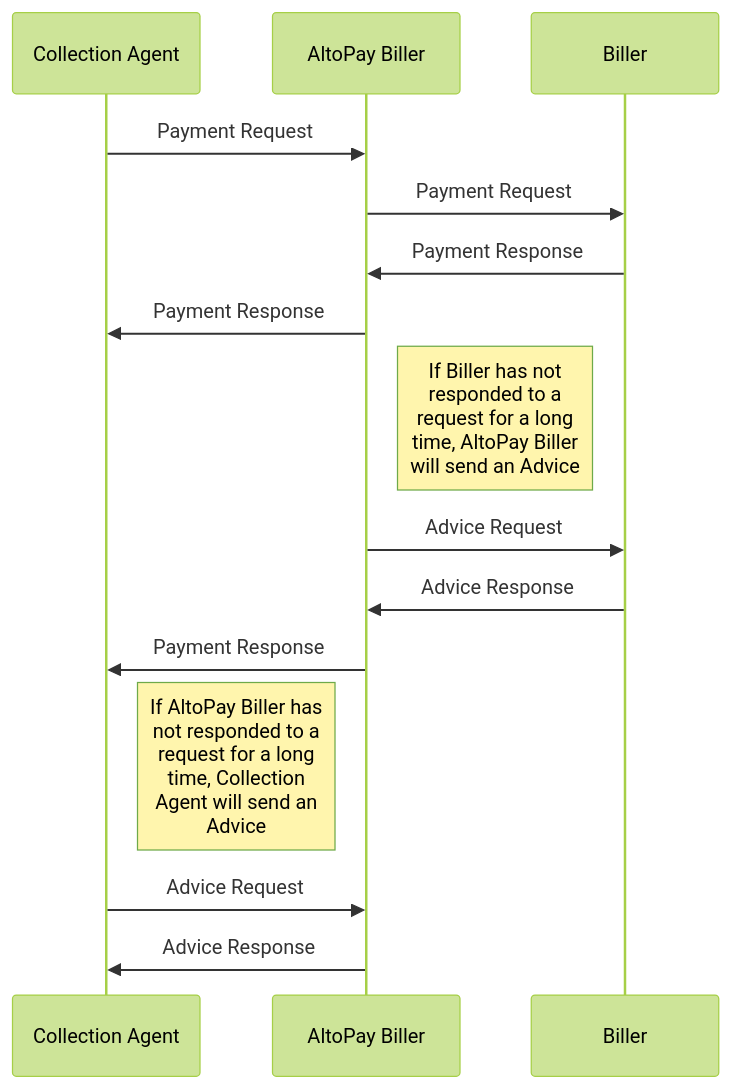
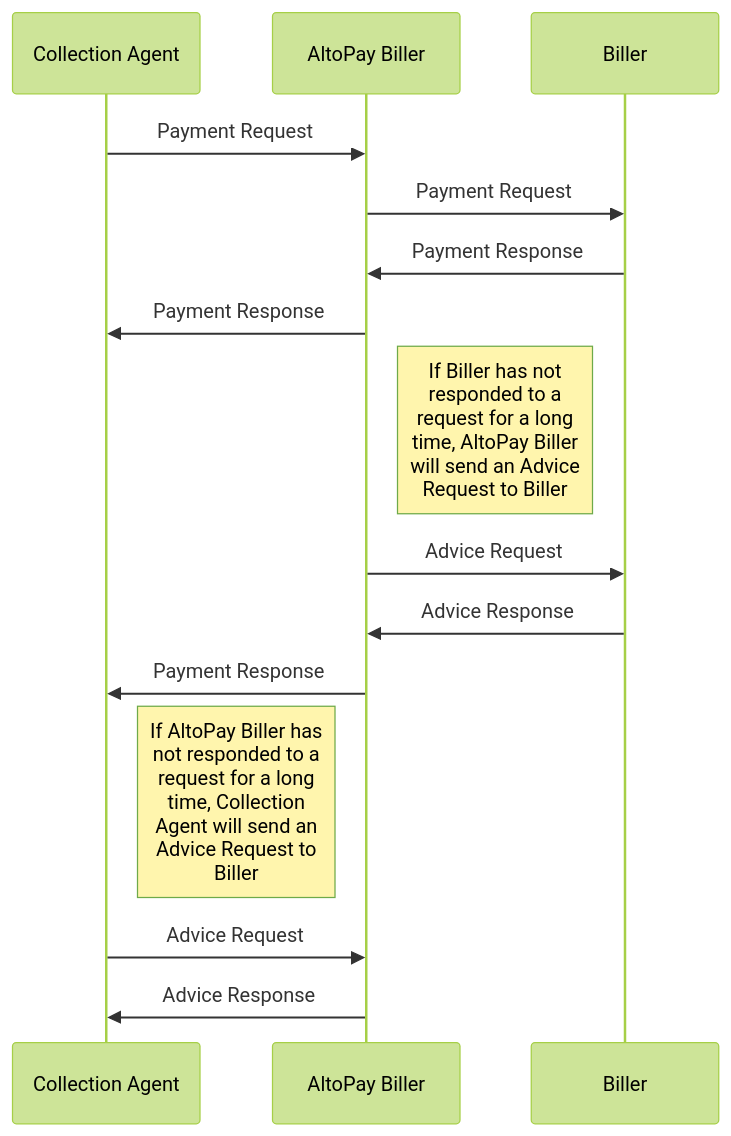
One commit to kamshory/EBIPPMessageSpecification changed the second of 3 diagrams in README.md. Above: the diagram before and after it, drawn with Mermaid (forest theme). The commit also changed other lines of this file, not shown here.

````diff
--- a/README.md
+++ b/README.md
@@ -8,15 +18,15 @@
 ```mermaid
 sequenceDiagram
 Collection Agent ->> AltoPay Biller: Payment Request
 AltoPay Biller->>Biller: Payment Request
 Biller->> AltoPay Biller: Payment Response
 AltoPay Biller->> Collection Agent: Payment Response
-Note right of AltoPay Biller: If Biller has not <br>responded to a <br>request for a long <br>time, AltoPay Biller <br>will send an Advice
+Note right of AltoPay Biller: If Biller has not <br>responded to a <br>request for a long <br>time, AltoPay Biller <br>will send an Advice<br>Request to Biller
 AltoPay Biller->>Biller: Advice Request
 Biller->> AltoPay Biller: Advice Response
 AltoPay Biller->>Collection Agent : Payment Response
-Note right of Collection Agent: If AltoPay Biller has <br>not responded to a <br>request for a long <br>time, Collection <br>Agent will send an <br>Advice
+Note right of Collection Agent: If AltoPay Biller has <br>not responded to a <br>request for a long <br>time, Collection <br>Agent will send an <br>Advice Request to <br>Biller
 Collection Agent ->> AltoPay Biller: Advice Request
 AltoPay Biller->> Collection Agent: Advice Response
 
 ```
````
